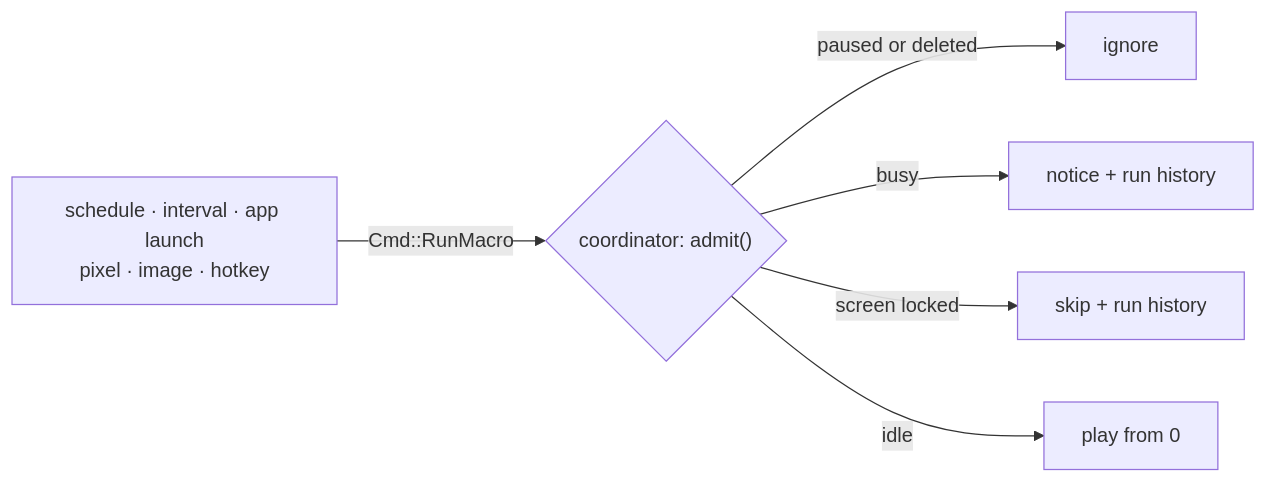
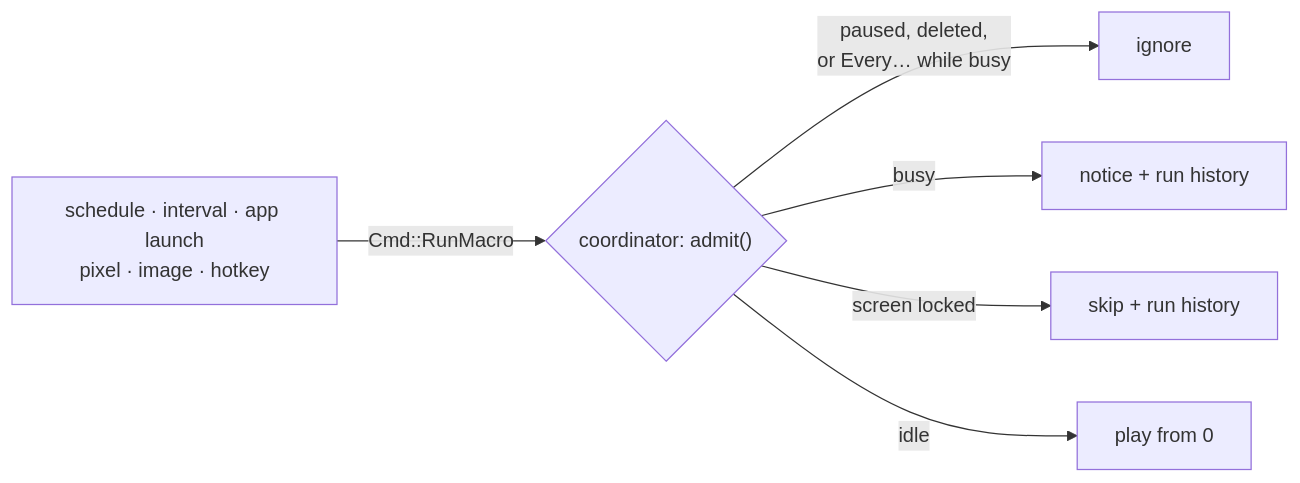
Before and after one commit to HappyRave/Relay: the fifth of 6 diagrams in docs/engineering/architecture.md, drawn with Mermaid. The commit also changed other lines of this file and 1 other file, not shown here.

Commit message:
docs(engineering): architecture and core fixes from the fact-check

````diff
--- a/docs/engineering/architecture.md
+++ b/docs/engineering/architecture.md
@@ -121,8 +121,8 @@
 ```mermaid
 flowchart LR
     S["schedule · interval · app launch<br/>pixel · image · hotkey"] -- "Cmd::RunMacro" --> C{"coordinator: admit()"}
-    C -- "paused or deleted" --> I["ignore"]
+    C -- "paused, deleted,<br/>or Every… while busy" --> I["ignore"]
     C -- "busy" --> B["notice + run history"]
     C -- "screen locked" --> L["skip + run history"]
     C -- "idle" --> P["play from 0"]
 ```
````
